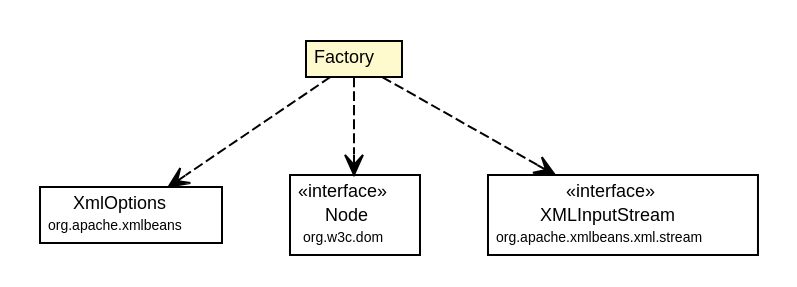
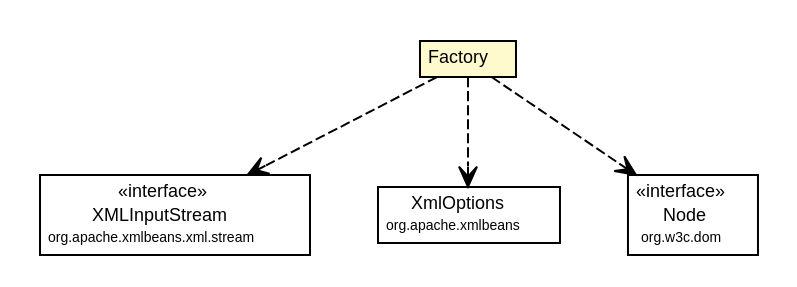
Before and after one commit to synchronoss/cpo-util: the diagram in site/apidocs/org/synchronoss/cpo/util/cpoUtilConfig/CtRecentFiles.Factory.dot, drawn with Graphviz. The commit also changed 233 other files, not shown here.

Commit message:
Creating site for cpoUtil, 5.2.1-SNAPSHOT

```diff
--- a/site/apidocs/org/synchronoss/cpo/util/cpoUtilConfig/CtRecentFiles.Factory.dot
+++ b/site/apidocs/org/synchronoss/cpo/util/cpoUtilConfig/CtRecentFiles.Factory.dot
@@ -1,47 +1,47 @@
 #!/usr/local/bin/dot
 #
 # Class diagram 
 # Generated by UMLGraph version 5.1 (http://www.umlgraph.org/)
 #
 
 digraph G {
 	edge [fontname="Helvetica",fontsize=10,labelfontname="Helvetica",labelfontsize=10];
 	node [fontname="Helvetica",fontsize=10,shape=plaintext];
 	nodesep=0.25;
 	ranksep=0.5;
 	// org.synchronoss.cpo.util.cpoUtilConfig.CtRecentFiles.Factory
 	c4695 [label=<<table title="org.synchronoss.cpo.util.cpoUtilConfig.CtRecentFiles.Factory" border="0" cellborder="1" cellspacing="0" cellpadding="2" port="p" bgcolor="lemonChiffon" href="./CtRecentFiles.Factory.html">
 		<tr><td><table border="0" cellspacing="0" cellpadding="1">
 <tr><td align="center" balign="center"> Factory </td></tr>
 		</table></td></tr>
 		</table>>, fontname="Helvetica", fontcolor="black", fontsize=9.0];
+	// org.synchronoss.cpo.util.cpoUtilConfig.CtRecentFiles.Factory DEPEND org.apache.xmlbeans.xml.stream.XMLInputStream
+	c4695:p -> c4712:p [taillabel="", label="", headlabel="", fontname="Helvetica", fontcolor="black", fontsize=10.0, color="black", arrowhead=open, style=dashed];
 	// org.synchronoss.cpo.util.cpoUtilConfig.CtRecentFiles.Factory DEPEND org.apache.xmlbeans.XmlOptions
-	c4695:p -> c4714:p [taillabel="", label="", headlabel="", fontname="Helvetica", fontcolor="black", fontsize=10.0, color="black", arrowhead=open, style=dashed];
+	c4695:p -> c4715:p [taillabel="", label="", headlabel="", fontname="Helvetica", fontcolor="black", fontsize=10.0, color="black", arrowhead=open, style=dashed];
 	// org.synchronoss.cpo.util.cpoUtilConfig.CtRecentFiles.Factory DEPEND org.w3c.dom.Node
-	c4695:p -> c4715:p [taillabel="", label="", headlabel="", fontname="Helvetica", fontcolor="black", fontsize=10.0, color="black", arrowhead=open, style=dashed];
-	// org.synchronoss.cpo.util.cpoUtilConfig.CtRecentFiles.Factory DEPEND org.apache.xmlbeans.xml.stream.XMLInputStream
 	c4695:p -> c4716:p [taillabel="", label="", headlabel="", fontname="Helvetica", fontcolor="black", fontsize=10.0, color="black", arrowhead=open, style=dashed];
 	// org.apache.xmlbeans.xml.stream.XMLInputStream
-	c4716 [label=<<table title="org.apache.xmlbeans.xml.stream.XMLInputStream" border="0" cellborder="1" cellspacing="0" cellpadding="2" port="p" href="http://java.sun.com/j2se/1.4.2/docs/api/org/apache/xmlbeans/xml/stream/XMLInputStream.html">
+	c4712 [label=<<table title="org.apache.xmlbeans.xml.stream.XMLInputStream" border="0" cellborder="1" cellspacing="0" cellpadding="2" port="p" href="http://java.sun.com/j2se/1.4.2/docs/api/org/apache/xmlbeans/xml/stream/XMLInputStream.html">
 		<tr><td><table border="0" cellspacing="0" cellpadding="1">
 <tr><td align="center" balign="center"> &#171;interface&#187; </td></tr>
 <tr><td align="center" balign="center"> XMLInputStream </td></tr>
 <tr><td align="center" balign="center"><font point-size="7.0"> org.apache.xmlbeans.xml.stream </font></td></tr>
 		</table></td></tr>
 		</table>>, fontname="Helvetica", fontcolor="black", fontsize=9.0];
 	// org.w3c.dom.Node
-	c4715 [label=<<table title="org.w3c.dom.Node" border="0" cellborder="1" cellspacing="0" cellpadding="2" port="p" href="http://java.sun.com/j2se/1.4.2/docs/api/org/w3c/dom/Node.html">
+	c4716 [label=<<table title="org.w3c.dom.Node" border="0" cellborder="1" cellspacing="0" cellpadding="2" port="p" href="http://java.sun.com/j2se/1.4.2/docs/api/org/w3c/dom/Node.html">
 		<tr><td><table border="0" cellspacing="0" cellpadding="1">
 <tr><td align="center" balign="center"> &#171;interface&#187; </td></tr>
 <tr><td align="center" balign="center"> Node </td></tr>
 <tr><td align="center" balign="center"><font point-size="7.0"> org.w3c.dom </font></td></tr>
 		</table></td></tr>
 		</table>>, fontname="Helvetica", fontcolor="black", fontsize=9.0];
 	// org.apache.xmlbeans.XmlOptions
-	c4714 [label=<<table title="org.apache.xmlbeans.XmlOptions" border="0" cellborder="1" cellspacing="0" cellpadding="2" port="p" href="http://java.sun.com/j2se/1.4.2/docs/api/org/apache/xmlbeans/XmlOptions.html">
+	c4715 [label=<<table title="org.apache.xmlbeans.XmlOptions" border="0" cellborder="1" cellspacing="0" cellpadding="2" port="p" href="http://java.sun.com/j2se/1.4.2/docs/api/org/apache/xmlbeans/XmlOptions.html">
 		<tr><td><table border="0" cellspacing="0" cellpadding="1">
 <tr><td align="center" balign="center"> XmlOptions </td></tr>
 <tr><td align="center" balign="center"><font point-size="7.0"> org.apache.xmlbeans </font></td></tr>
 		</table></td></tr>
 		</table>>, fontname="Helvetica", fontcolor="black", fontsize=9.0];
 }
```
